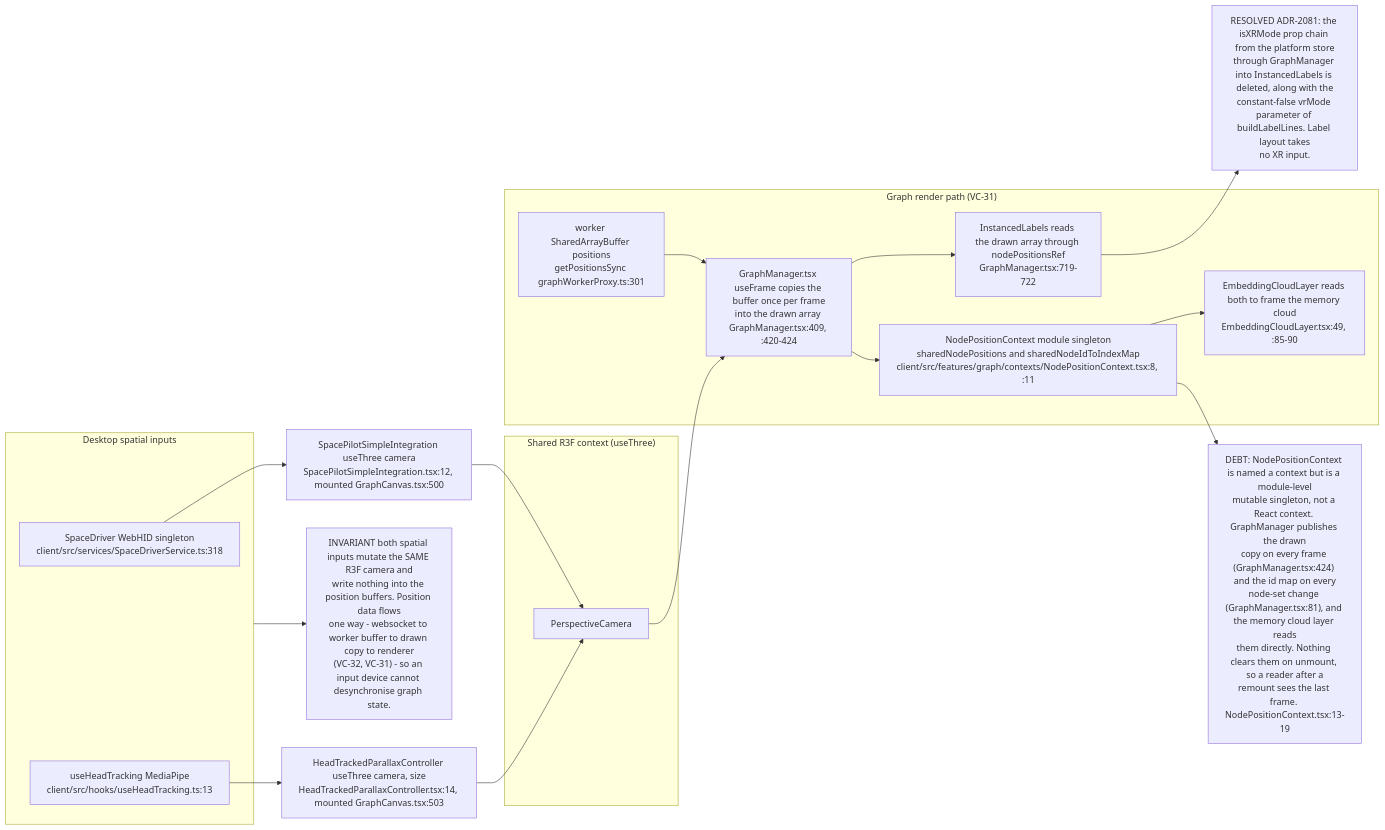
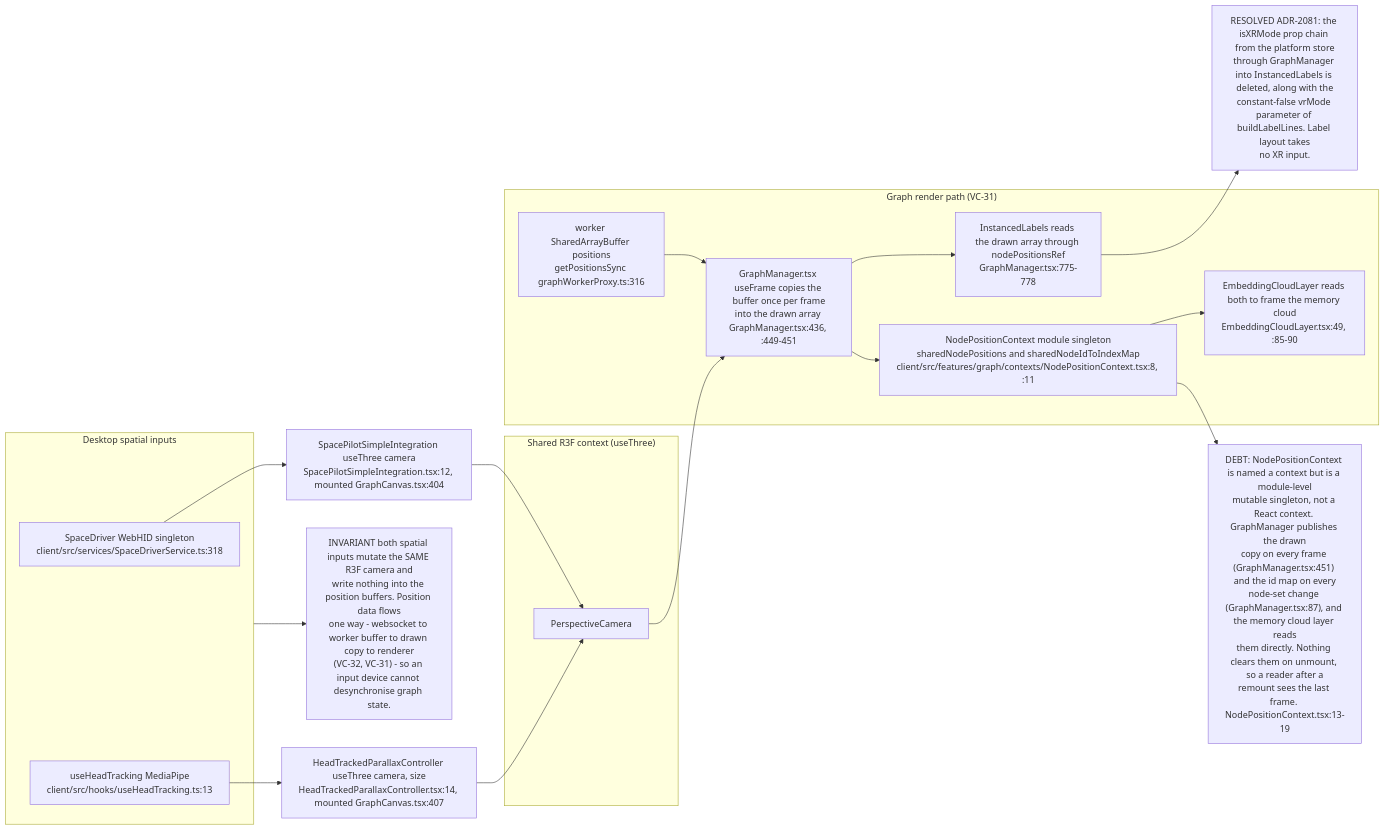
Before and after one commit to DreamLab-AI/VisionFlow: the seventh of 11 diagrams in docs/diagrams/visionclaw/37-browser-xr-and-desktop-input.md, drawn with Mermaid. The commit also changed other lines of this file and 56 other files, not shown here.

First line of the commit message:
docs(diagrams): re-verify VisionClaw topics at ec785afa9, add VC-19/56/57 and the VisionClaw register

````diff
--- a/docs/diagrams/visionclaw/37-browser-xr-and-desktop-input.md
+++ b/docs/diagrams/visionclaw/37-browser-xr-and-desktop-input.md
@@ -340,30 +348,30 @@
 ```mermaid
 flowchart LR
     subgraph inputs["Desktop spatial inputs"]
         SP["SpaceDriver WebHID singleton<br/>client/src/services/SpaceDriverService.ts:318"]
         HT["useHeadTracking MediaPipe<br/>client/src/hooks/useHeadTracking.ts:13"]
     end
     subgraph r3f["Shared R3F context (useThree)"]
         CAM["PerspectiveCamera"]
     end
     subgraph graph["Graph render path (VC-31)"]
-        SAB["worker SharedArrayBuffer positions<br/>getPositionsSync graphWorkerProxy.ts:301"]
-        GMx["GraphManager.tsx useFrame copies the buffer once per frame<br/>into the drawn array GraphManager.tsx:409, :420-424"]
-        ILx["InstancedLabels reads the drawn array through nodePositionsRef<br/>GraphManager.tsx:719-722"]
+        SAB["worker SharedArrayBuffer positions<br/>getPositionsSync graphWorkerProxy.ts:316"]
+        GMx["GraphManager.tsx useFrame copies the buffer once per frame<br/>into the drawn array GraphManager.tsx:436, :449-451"]
+        ILx["InstancedLabels reads the drawn array through nodePositionsRef<br/>GraphManager.tsx:775-778"]
         NPC["NodePositionContext module singleton<br/>sharedNodePositions and sharedNodeIdToIndexMap<br/>client/src/features/graph/contexts/NodePositionContext.tsx:8, :11"]
         ECL["EmbeddingCloudLayer reads both to frame the memory cloud<br/>EmbeddingCloudLayer.tsx:49, :85-90"]
     end
-    SP --> SIx["SpacePilotSimpleIntegration useThree camera<br/>SpacePilotSimpleIntegration.tsx:12, mounted GraphCanvas.tsx:500"] --> CAM
-    HT --> HPCx["HeadTrackedParallaxController useThree camera, size<br/>HeadTrackedParallaxController.tsx:14, mounted GraphCanvas.tsx:503"] --> CAM
+    SP --> SIx["SpacePilotSimpleIntegration useThree camera<br/>SpacePilotSimpleIntegration.tsx:12, mounted GraphCanvas.tsx:404"] --> CAM
+    HT --> HPCx["HeadTrackedParallaxController useThree camera, size<br/>HeadTrackedParallaxController.tsx:14, mounted GraphCanvas.tsx:407"] --> CAM
     SAB --> GMx
     CAM --> GMx
     GMx --> ILx
     GMx --> NPC
     NPC --> ECL
     ILx --> NOTE1
     NOTE1["RESOLVED ADR-2081: the isXRMode prop chain from the platform store<br/>through GraphManager into InstancedLabels is deleted, along with the<br/>constant-false vrMode parameter of buildLabelLines. Label layout takes<br/>no XR input."]
     inputs --> NOTE2
     NOTE2["INVARIANT both spatial inputs mutate the SAME R3F camera and<br/>write nothing into the position buffers. Position data flows<br/>one way - websocket to worker buffer to drawn copy to renderer<br/>(VC-32, VC-31) - so an input device cannot desynchronise graph state."]
     NPC --> NOTE3
-    NOTE3["DEBT: NodePositionContext is named a context but is a module-level<br/>mutable singleton, not a React context. GraphManager publishes the drawn<br/>copy on every frame (GraphManager.tsx:424) and the id map on every<br/>node-set change (GraphManager.tsx:81), and the memory cloud layer reads<br/>them directly. Nothing clears them on unmount, so a reader after a<br/>remount sees the last frame. NodePositionContext.tsx:13-19"]
+    NOTE3["DEBT: NodePositionContext is named a context but is a module-level<br/>mutable singleton, not a React context. GraphManager publishes the drawn<br/>copy on every frame (GraphManager.tsx:451) and the id map on every<br/>node-set change (GraphManager.tsx:87), and the memory cloud layer reads<br/>them directly. Nothing clears them on unmount, so a reader after a<br/>remount sees the last frame. NodePositionContext.tsx:13-19"]
 ```
````
